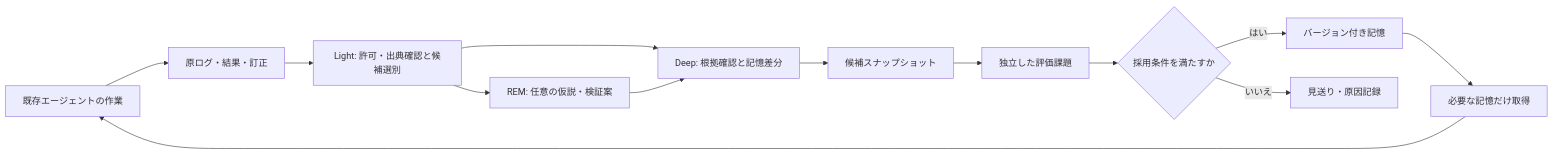
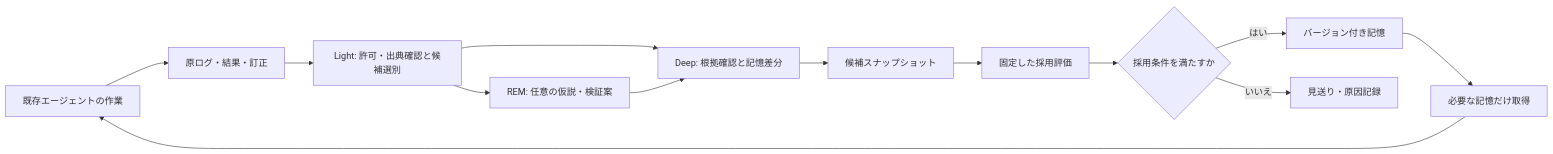
Before and after one commit to moruku36/agent-sleep-lab: the diagram in README.ja.md, drawn with Mermaid. The commit also changed other lines of this file and 14 other files, not shown here.

````diff
--- a/README.ja.md
+++ b/README.ja.md
@@ -27,15 +27,15 @@
 ```mermaid
 flowchart LR
   A[既存エージェントの作業] --> B[原ログ・結果・訂正]
   B --> C[Light: 許可・出典確認と候補選別]
   C --> R[REM: 任意の仮説・検証案]
   C --> D[Deep: 根拠確認と記憶差分]
   R --> D
   D --> E[候補スナップショット]
-  E --> F[独立した評価課題]
+  E --> F[固定した採用評価]
   F --> G{採用条件を満たすか}
   G -->|はい| H[バージョン付き記憶]
   G -->|いいえ| I[見送り・原因記録]
   H --> J[必要な記憶だけ取得]
   J --> A
 ```
````
